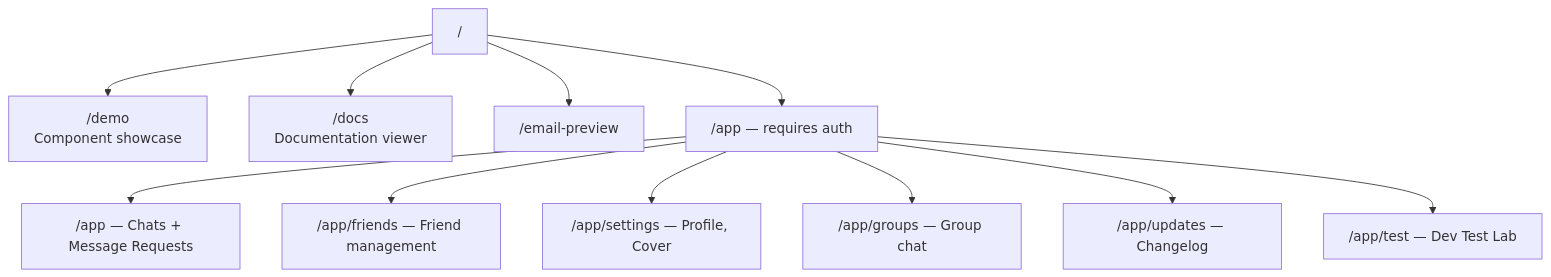
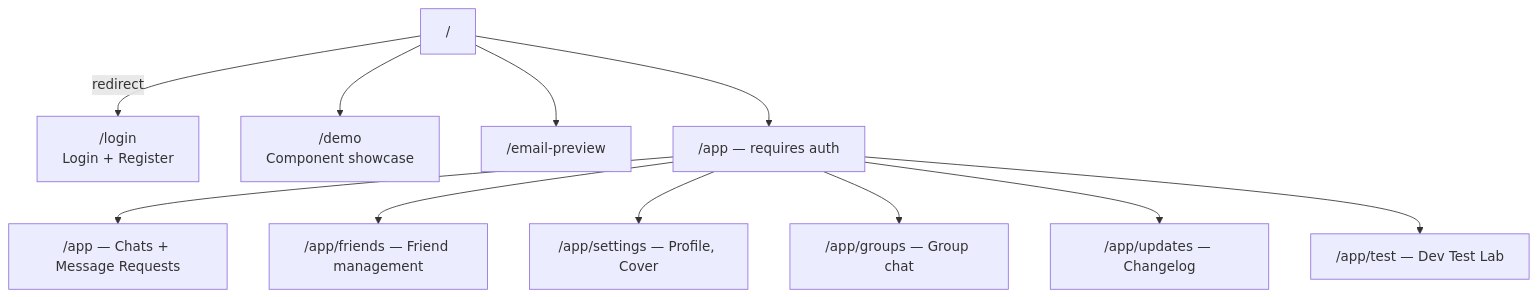
The first of 4 diagrams in Documentation/Frontend/index.md (neofuture/chatr), drawn with Mermaid before and after one commit. The commit also changed other lines of this file and 16 other files, not shown here.

````diff
--- a/Documentation/Frontend/index.md
+++ b/Documentation/Frontend/index.md
@@ -11,14 +11,14 @@
 ```mermaid
 graph TD
-    root["/"] --> demo["/demo<br/>Component showcase"]
-    root --> docs["/docs<br/>Documentation viewer"]
+    root["/"] -->|"redirect"| login["/login<br/>Login + Register"]
+    root --> demo["/demo<br/>Component showcase"]
     root --> emailpreview["/email-preview"]
     root --> app["/app — requires auth"]
 
     app --> apphome["/app — Chats + Message Requests"]
     app --> friends["/app/friends — Friend management"]
     app --> settings["/app/settings — Profile, Cover"]
     app --> groups["/app/groups — Group chat"]
     app --> updates["/app/updates — Changelog"]
     app --> test["/app/test — Dev Test Lab"]
 ```
````
